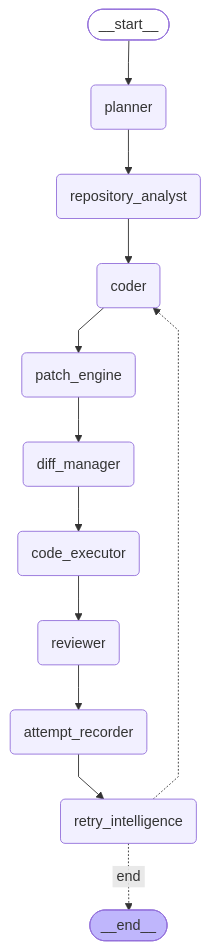
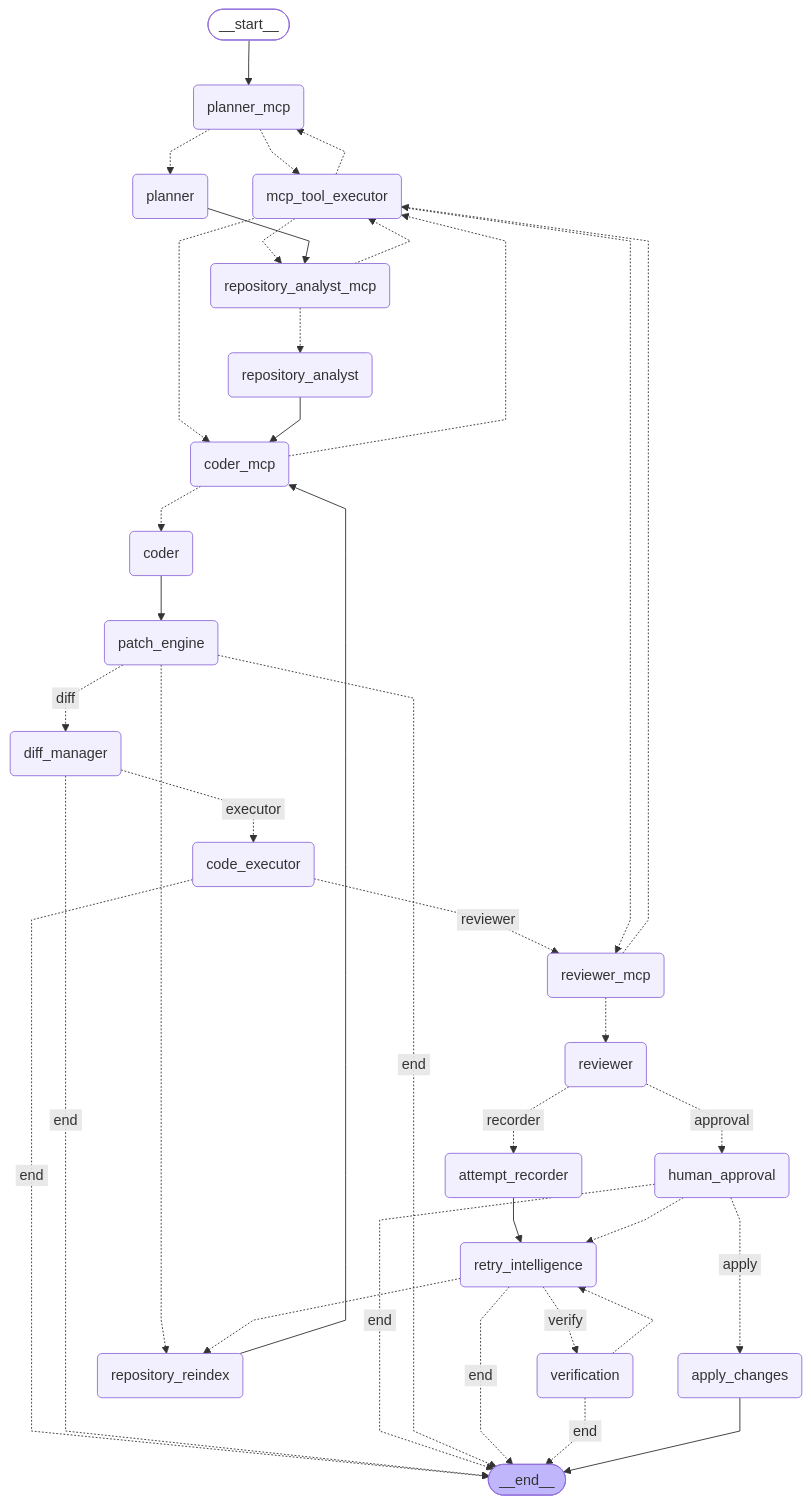
Before and after one commit to SonuSk584/DevPilot: the diagram in devpilot_graph.mmd, drawn with Mermaid. The commit also changed 18 other files, not shown here.

```diff
--- a/devpilot_graph.mmd
+++ b/devpilot_graph.mmd
@@ -1,31 +1,65 @@
 ---
 config:
   flowchart:
     curve: linear
 ---
 graph TD;
 	__start__([<p>__start__</p>]):::first
 	planner(planner)
 	repository_analyst(repository_analyst)
 	coder(coder)
 	patch_engine(patch_engine)
 	diff_manager(diff_manager)
 	code_executor(code_executor)
 	reviewer(reviewer)
 	attempt_recorder(attempt_recorder)
 	retry_intelligence(retry_intelligence)
+	verification(verification)
+	human_approval(human_approval)
+	apply_changes(apply_changes)
+	repository_reindex(repository_reindex)
+	repository_analyst_mcp(repository_analyst_mcp)
+	mcp_tool_executor(mcp_tool_executor)
+	planner_mcp(planner_mcp)
+	coder_mcp(coder_mcp)
+	reviewer_mcp(reviewer_mcp)
 	__end__([<p>__end__</p>]):::last
-	__start__ --> planner;
+	__start__ --> planner_mcp;
 	attempt_recorder --> retry_intelligence;
-	code_executor --> reviewer;
+	code_executor -. &nbsp;end&nbsp; .-> __end__;
+	code_executor -. &nbsp;reviewer&nbsp; .-> reviewer_mcp;
 	coder --> patch_engine;
-	diff_manager --> code_executor;
-	patch_engine --> diff_manager;
-	planner --> repository_analyst;
-	repository_analyst --> coder;
+	coder_mcp -.-> coder;
+	coder_mcp -.-> mcp_tool_executor;
+	diff_manager -. &nbsp;end&nbsp; .-> __end__;
+	diff_manager -. &nbsp;executor&nbsp; .-> code_executor;
+	human_approval -. &nbsp;end&nbsp; .-> __end__;
+	human_approval -. &nbsp;apply&nbsp; .-> apply_changes;
+	human_approval -.-> retry_intelligence;
+	mcp_tool_executor -.-> coder_mcp;
+	mcp_tool_executor -.-> planner_mcp;
+	mcp_tool_executor -.-> repository_analyst_mcp;
+	mcp_tool_executor -.-> reviewer_mcp;
+	patch_engine -. &nbsp;end&nbsp; .-> __end__;
+	patch_engine -. &nbsp;diff&nbsp; .-> diff_manager;
+	patch_engine -.-> repository_reindex;
+	planner --> repository_analyst_mcp;
+	planner_mcp -.-> mcp_tool_executor;
+	planner_mcp -.-> planner;
+	repository_analyst --> coder_mcp;
+	repository_analyst_mcp -.-> mcp_tool_executor;
+	repository_analyst_mcp -.-> repository_analyst;
+	repository_reindex --> coder_mcp;
 	retry_intelligence -. &nbsp;end&nbsp; .-> __end__;
-	retry_intelligence -.-> coder;
-	reviewer --> attempt_recorder;
+	retry_intelligence -.-> repository_reindex;
+	retry_intelligence -. &nbsp;verify&nbsp; .-> verification;
+	reviewer -. &nbsp;recorder&nbsp; .-> attempt_recorder;
+	reviewer -. &nbsp;approval&nbsp; .-> human_approval;
+	reviewer_mcp -.-> mcp_tool_executor;
+	reviewer_mcp -.-> reviewer;
+	verification -. &nbsp;end&nbsp; .-> __end__;
+	verification -.-> retry_intelligence;
+	apply_changes --> __end__;
 	classDef default fill:#f2f0ff,line-height:1.2
 	classDef first fill-opacity:0
 	classDef last fill:#bfb6fc
```
